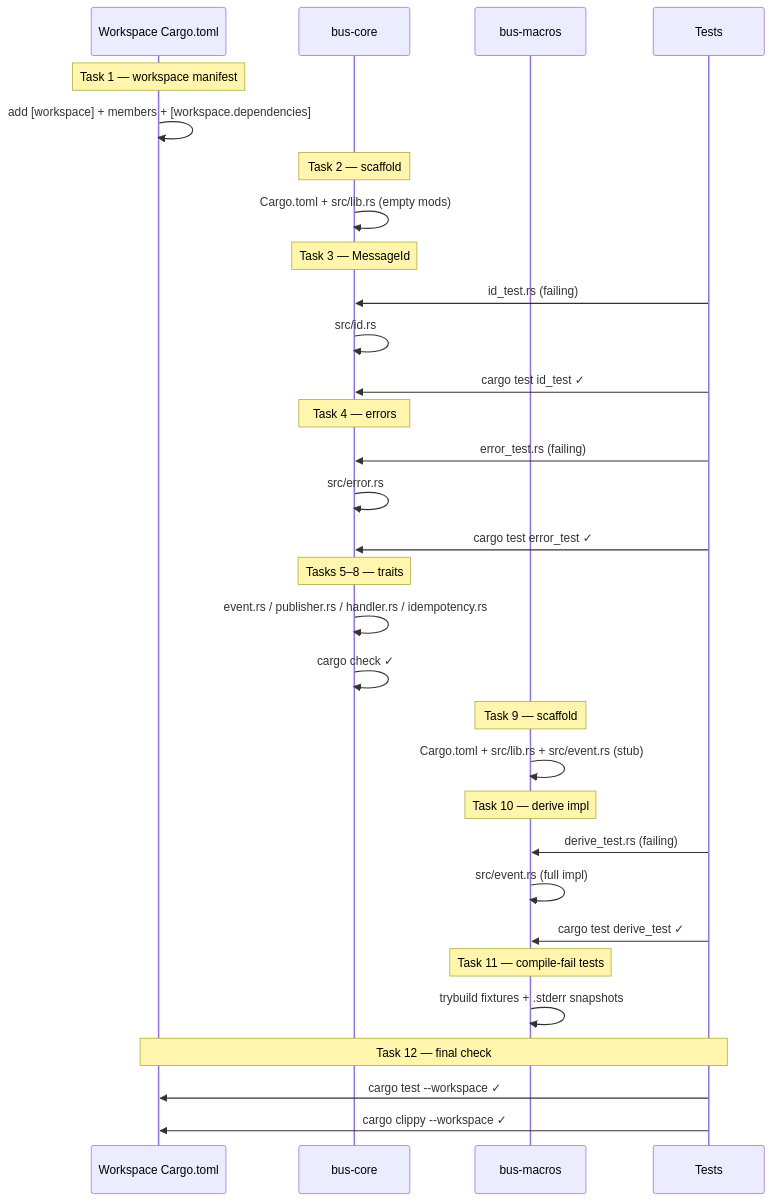
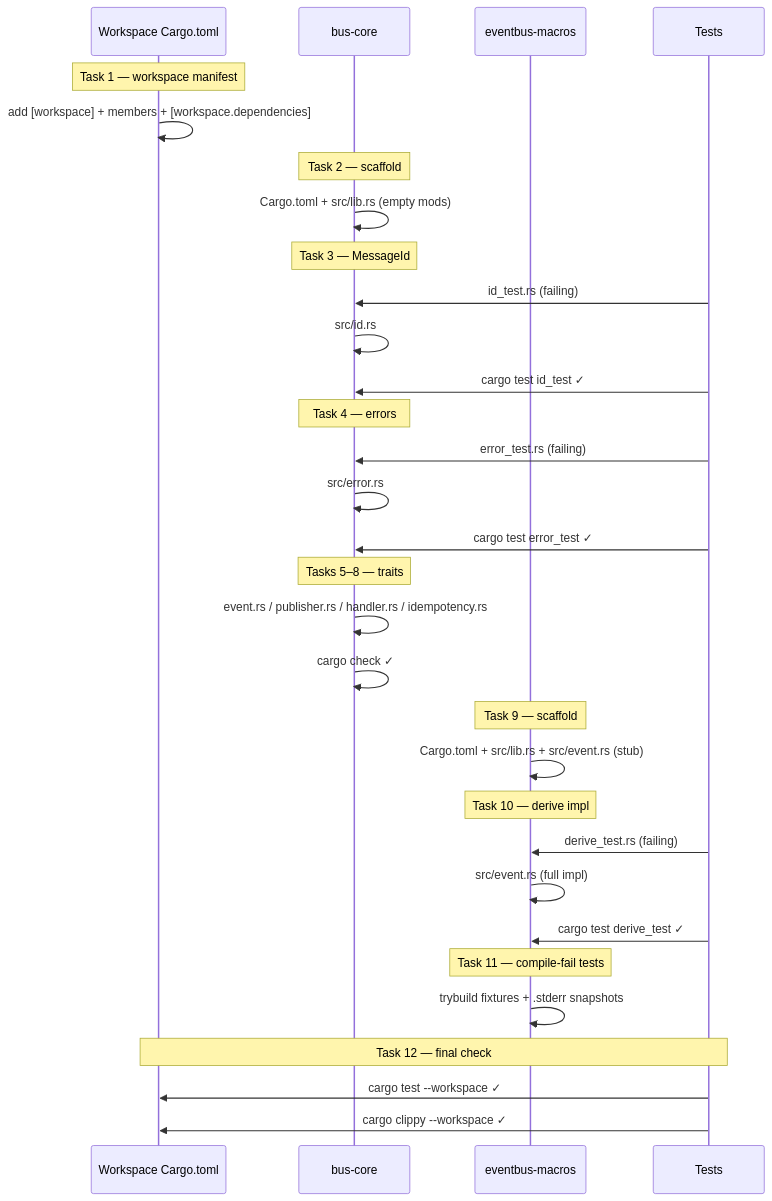
One commit to scriptkid23/eventbus-rs changed the fifth of 6 diagrams in docs/diagrams/plan-1-diagrams.md. Above: the diagram before and after it, drawn with Mermaid. The commit also changed other lines of this file and 22 other files, not shown here.

First line of the commit message:
refactor: rename `bus-macros` to `eventbus-macros` across the workspace

````diff
--- a/docs/diagrams/plan-1-diagrams.md
+++ b/docs/diagrams/plan-1-diagrams.md
@@ -180,42 +180,42 @@
 ```mermaid
 sequenceDiagram
     participant W as Workspace Cargo.toml
     participant BC as bus-core
-    participant BM as bus-macros
+    participant BM as eventbus-macros
     participant T as Tests
 
     Note over W: Task 1 — workspace manifest
     W->>W: add [workspace] + members + [workspace.dependencies]
 
     Note over BC: Task 2 — scaffold
     BC->>BC: Cargo.toml + src/lib.rs (empty mods)
 
     Note over BC: Task 3 — MessageId
     T->>BC: id_test.rs (failing)
     BC->>BC: src/id.rs
     T->>BC: cargo test id_test ✓
 
     Note over BC: Task 4 — errors
     T->>BC: error_test.rs (failing)
     BC->>BC: src/error.rs
     T->>BC: cargo test error_test ✓
 
     Note over BC: Tasks 5–8 — traits
     BC->>BC: event.rs / publisher.rs / handler.rs / idempotency.rs
     BC->>BC: cargo check ✓
 
     Note over BM: Task 9 — scaffold
     BM->>BM: Cargo.toml + src/lib.rs + src/event.rs (stub)
 
     Note over BM: Task 10 — derive impl
     T->>BM: derive_test.rs (failing)
     BM->>BM: src/event.rs (full impl)
     T->>BM: cargo test derive_test ✓
 
     Note over BM: Task 11 — compile-fail tests
     BM->>BM: trybuild fixtures + .stderr snapshots
 
     Note over W,T: Task 12 — final check
     T->>W: cargo test --workspace ✓
     T->>W: cargo clippy --workspace ✓
 ```
````
